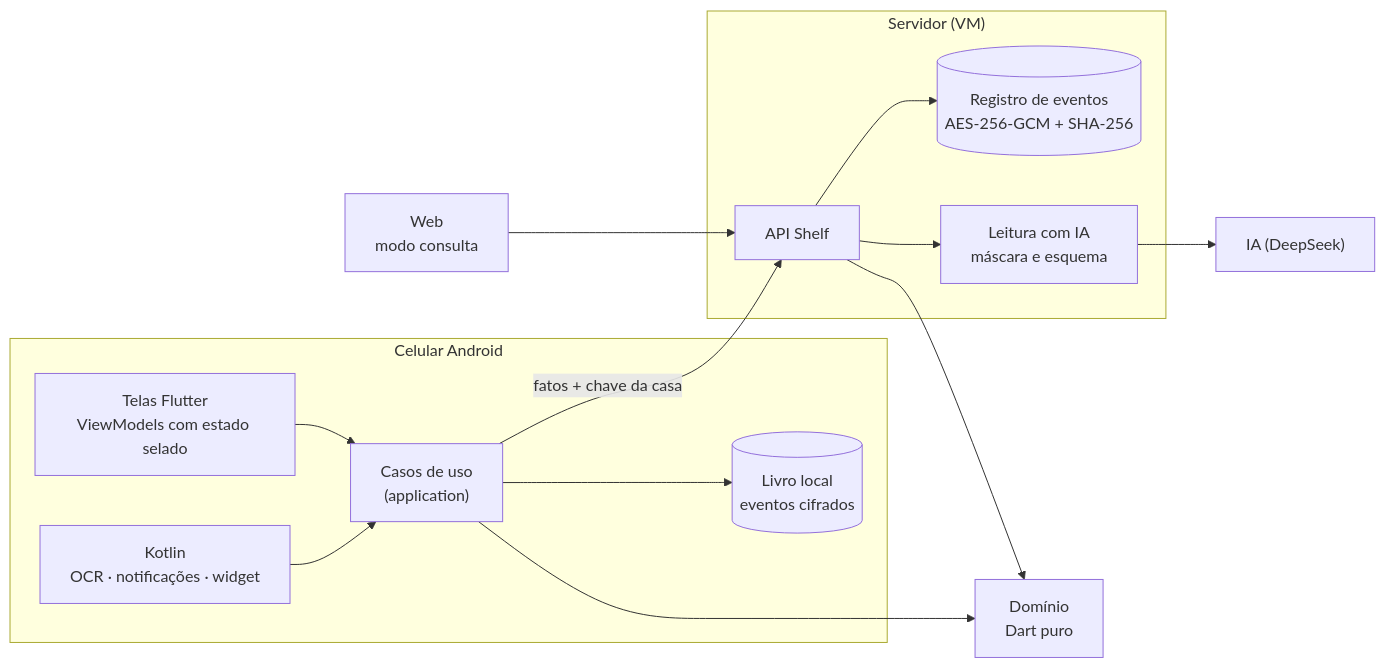
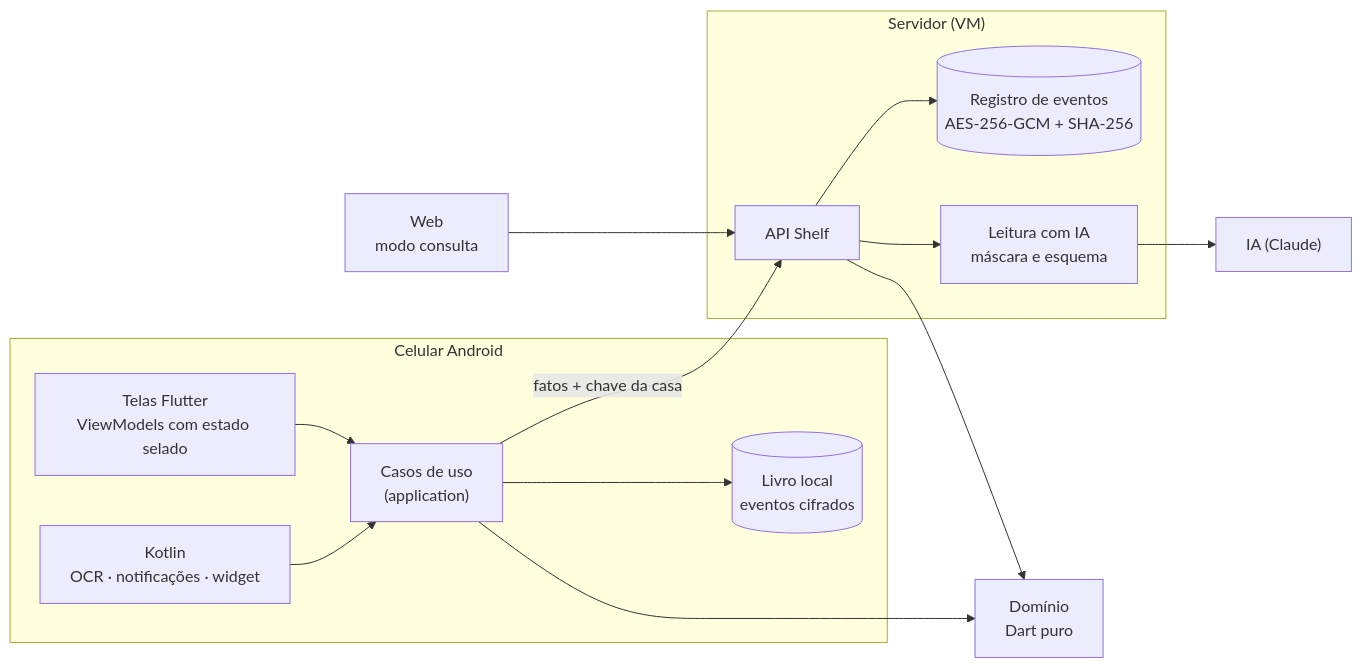
The first of 2 diagrams in README.md (Marcos-Codfy/finance-cajui), drawn with Mermaid before and after one commit. The commit also changed other lines of this file and 1 other file, not shown here.

Commit message:
docs(readme): rewrite the overview and the architecture for the portfolio

````diff
--- a/README.md
+++ b/README.md
@@ -230,26 +128,26 @@
 ```mermaid
 flowchart LR
   subgraph PHONE["Celular Android"]
     UI["Telas Flutter<br/>ViewModels com estado selado"]
     APP["Casos de uso<br/>(application)"]
     NAT["Kotlin<br/>OCR · notificações · widget"]
     LOG[("Livro local<br/>eventos cifrados")]
   end
   DOM["Domínio<br/>Dart puro"]
   subgraph VM["Servidor (VM)"]
     API["API Shelf"]
     STORE[("Registro de eventos<br/>AES-256-GCM + SHA-256")]
     AI["Leitura com IA<br/>máscara e esquema"]
   end
   WEB["Web<br/>modo consulta"]
-  DS["IA (DeepSeek)"]
+  DS["IA (Claude)"]
 
   UI --> APP --> DOM
   NAT --> APP
   APP --> LOG
   APP -- "fatos + chave da casa" --> API
   WEB --> API
   API --> DOM
   API --> STORE
   API --> AI --> DS
 ```
````
